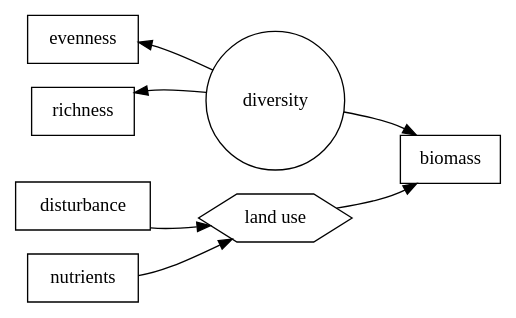
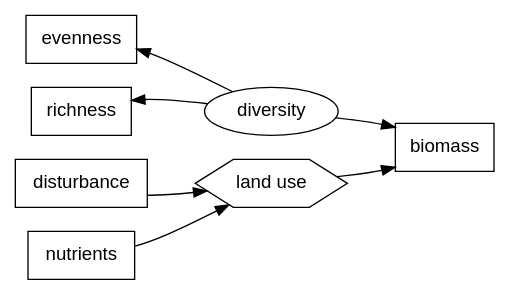
One commit to pennekampster/Swiss_SEM changed the fifth of 6 diagrams in 5_Slides/Intro_to_SEM_part2.qmd. Above: the diagram before and after it, drawn with Graphviz. The commit also changed other lines of this file and 1 other file, not shown here.

````diff
--- a/5_Slides/Intro_to_SEM_part2.qmd
+++ b/5_Slides/Intro_to_SEM_part2.qmd
@@ -242,34 +241,34 @@
 ```{dot}
 //| fig-width: 6
 
 digraph boxes_and_circles {
 
   graph [splines = curved, rankdir = LR, fontname = Helvetica]
    
-   node [shape=box]
+   node [shape=box, fontname = Helvetica]
    X1 [label="evenness"];
    X2 [label="richness"];
    Z [label="biomass"];
    X3 [label="disturbance"];
    X4 [label="nutrients"];
 
    
-   node [shape=circle]
+   node [shape=oval, fontname = Helvetica]
    Y1 [label="diversity"]
     
    Y1 -> X1 [dir=back];
     Y1 -> X2 [dir=back];
     Y1 -> Z;
      
-  node [shape=hexagon]
+  node [shape=hexagon, fontname = Helvetica]
   Y2 [label="land use"]
 
   X3 -> Y2;
   X4 -> Y2;
   Y2 -> Z;
 
   {rank = "max"; Z}
   {rank = "same"; X1; X2; X3; X4}
   {rank = "same"; Y1; Y2;}
 }
 ```
````
